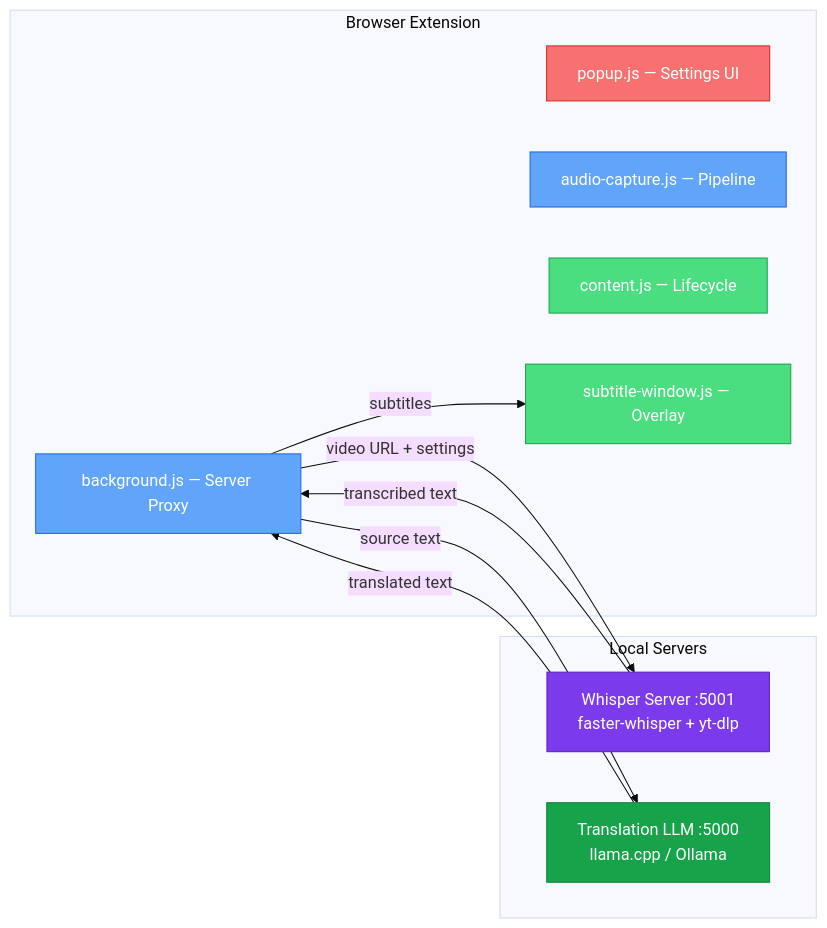
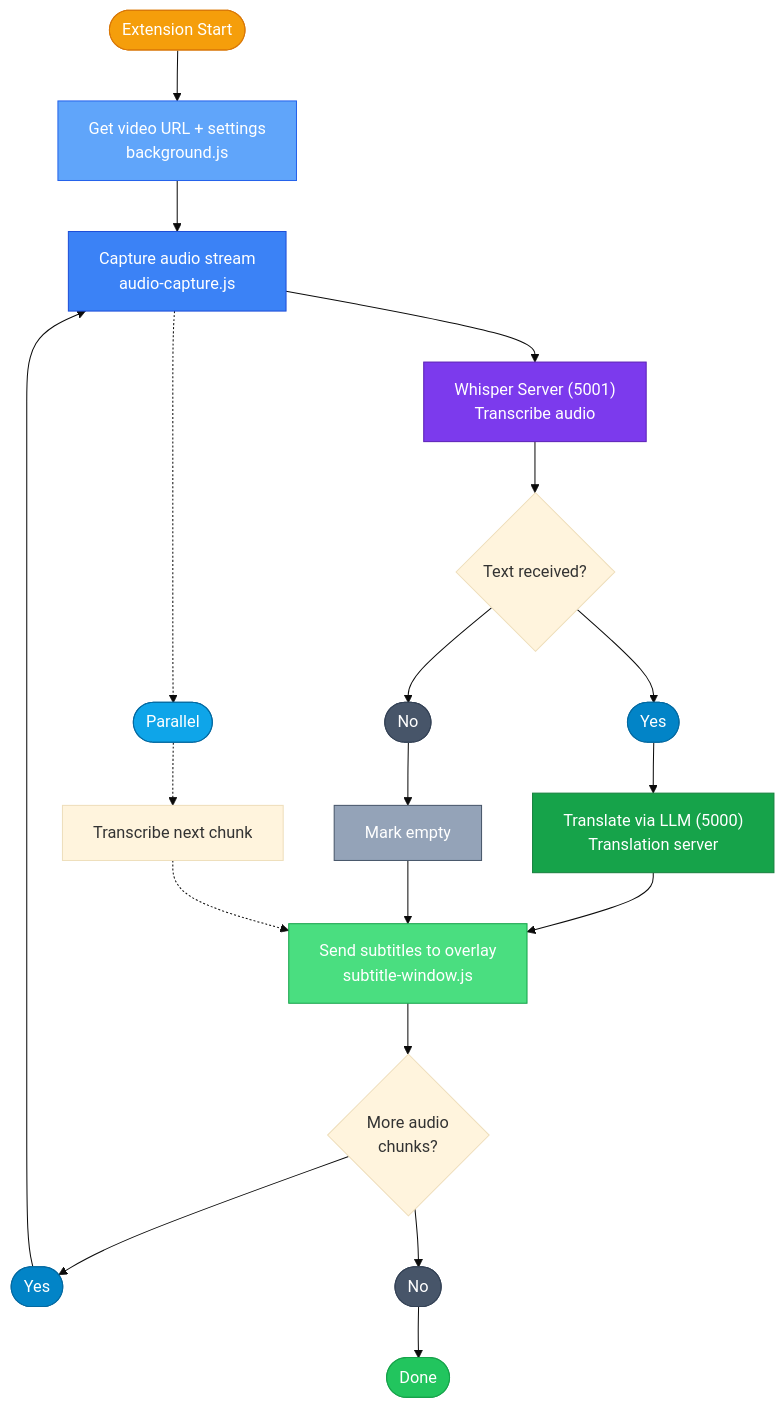
One commit to jenox645/Yume changed the first of 2 diagrams in README.md. Above: the diagram before and after it, drawn with Mermaid (base theme). The commit also changed other lines of this file, not shown here.

Commit message:
Revise architecture diagram and remove features section
Refactor architecture diagram and update features section in README.

````diff
--- a/README.md
+++ b/README.md
@@ -64,29 +64,42 @@
 ```mermaid
-graph LR
-    subgraph ext["Browser Extension"]
-        P["popup.js — Settings UI"]
-        B["background.js — Server Proxy"]
-        A["audio-capture.js — Pipeline"]
-        C["content.js — Lifecycle"]
-        S["subtitle-window.js — Overlay"]
-    end
+graph TD
 
-    subgraph srv["Local Servers"]
-        W["Whisper Server :5001\nfaster-whisper + yt-dlp"]
-        T["Translation LLM :5000\nllama.cpp / Ollama"]
-    end
+    %% MAIN FLOW
+    A([Extension Start]) --> B["Get video URL + settings<br/>background.js"]
+    B --> C["Capture audio stream<br/>audio-capture.js"]
+    C --> D["Whisper Server (5001)<br/>Transcribe audio"]
+    D --> E{"Text received?"}
 
-    B -- "video URL + settings" --> W
-    W -- "transcribed text" --> B
-    B -- "source text" --> T
-    T -- "translated text" --> B
-    B -- "subtitles" --> S
+    %% DECISION AS NODES
+    E --> Y([Yes]) --> F["Translate via LLM (5000)<br/>Translation server"]
+    E --> N([No]) --> G["Mark empty"]
 
-    style W fill:#7c3aed,stroke:#5b21b6,color:#fff
-    style T fill:#16a34a,stroke:#15803d,color:#fff
-    style P fill:#f87171,stroke:#dc2626,color:#fff
+    F --> H["Send subtitles to overlay<br/>subtitle-window.js"]
+    G --> H
+
+    H --> M{"More audio<br/>chunks?"}
+
+    M --> Y2([Yes]) --> C
+    M --> N2([No]) --> J([Done])
+
+    %% PARALLEL PATH AS NODE
+    C -.-> P([Parallel]) -.-> K["Transcribe next chunk"]
+    K -.-> H
+
+    %% COLORS
+    style A fill:#f59e0b,stroke:#d97706,color:#fff
     style B fill:#60a5fa,stroke:#2563eb,color:#fff
-    style A fill:#60a5fa,stroke:#2563eb,color:#fff
-    style C fill:#4ade80,stroke:#16a34a,color:#fff
-    style S fill:#4ade80,stroke:#16a34a,color:#fff
+    style C fill:#3b82f6,stroke:#1d4ed8,color:#fff
+    style D fill:#7c3aed,stroke:#5b21b6,color:#fff
+    style F fill:#16a34a,stroke:#15803d,color:#fff
+    style G fill:#94a3b8,stroke:#475569,color:#fff
+    style H fill:#4ade80,stroke:#16a34a,color:#fff
+    style J fill:#22c55e,stroke:#16a34a,color:#fff
+
+    %% Decision Nodes (Yes, No, Parallel)
+    style Y fill:#0284c7,stroke:#0369a1,color:#fff
+    style N fill:#475569,stroke:#334155,color:#fff
+    style Y2 fill:#0284c7,stroke:#0369a1,color:#fff
+    style N2 fill:#475569,stroke:#334155,color:#fff
+    style P fill:#0ea5e9,stroke:#0369a1,color:#fff
 ```
````
